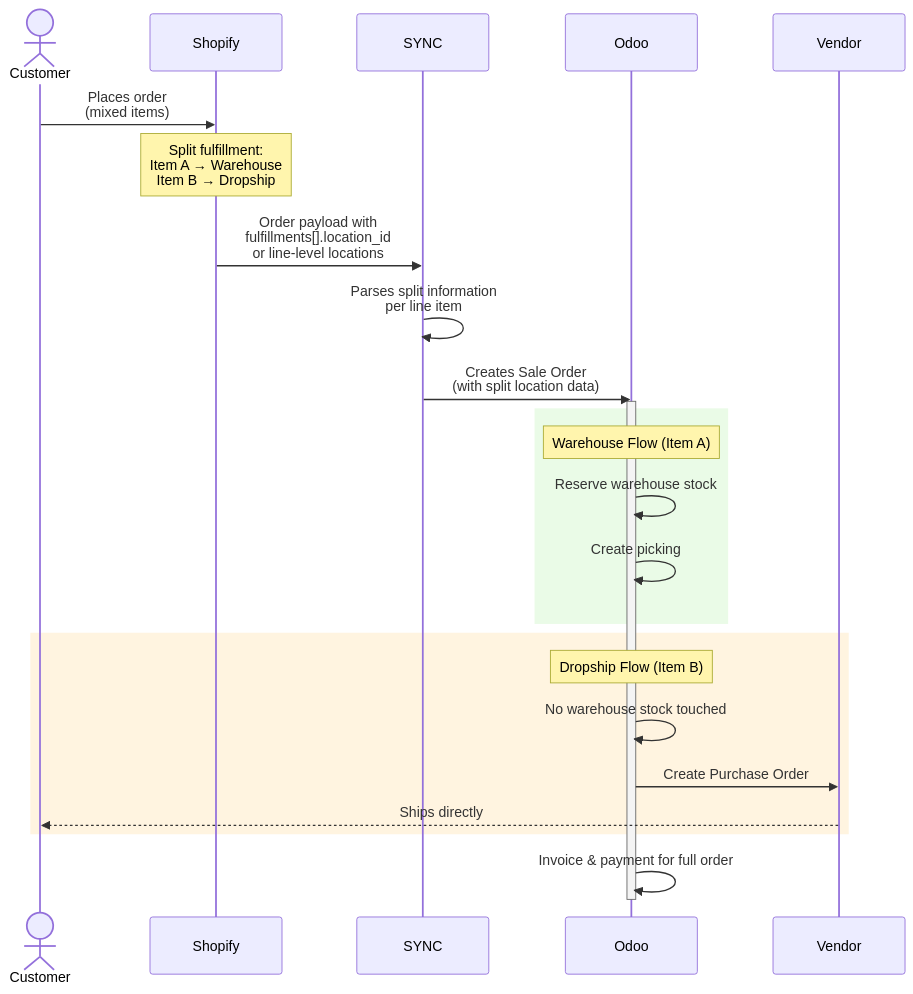
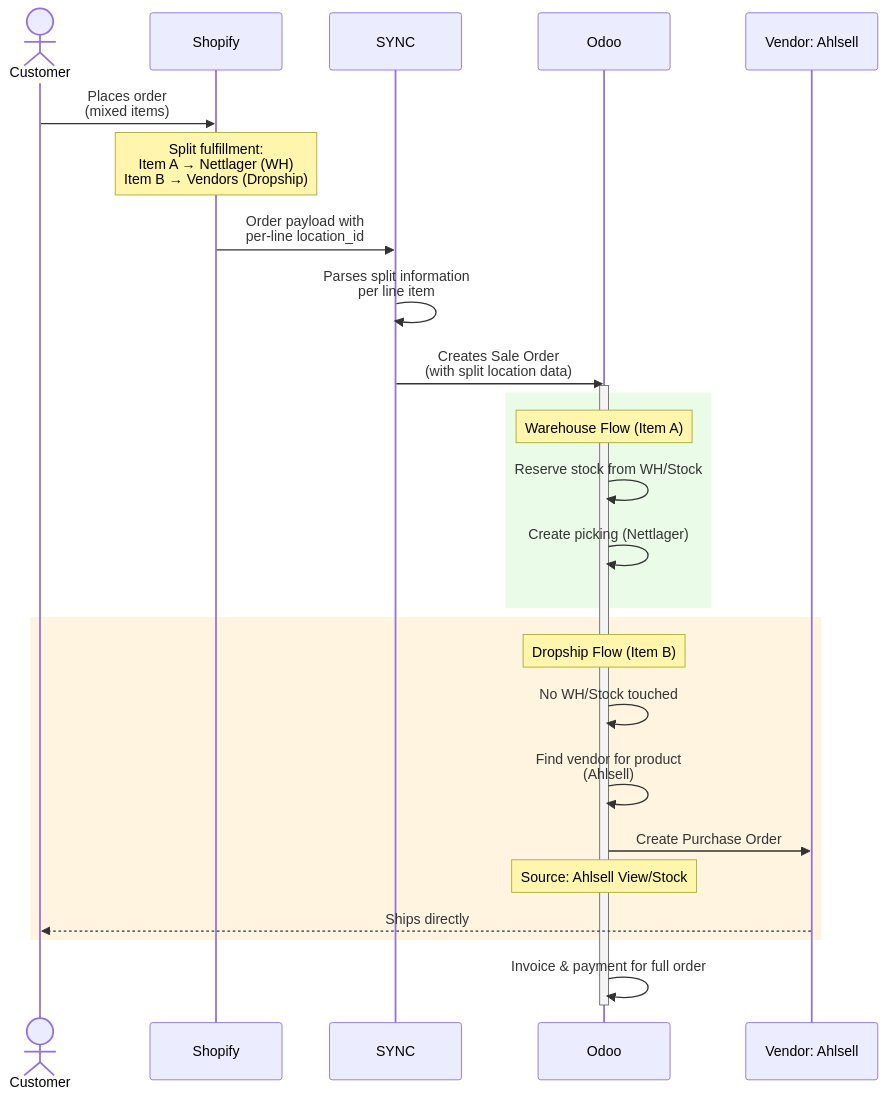
The eighth of 16 diagrams in shopify-sync-odoo-scenarios.md (ozan-droid/documents), drawn with Mermaid before and after one commit. The commit also changed other lines of this file, not shown here.

````diff
--- a/shopify-sync-odoo-scenarios.md
+++ b/shopify-sync-odoo-scenarios.md
@@ -194,33 +346,35 @@
 ```mermaid
 sequenceDiagram
     actor Customer
     participant Shopify
     participant SYNC
     participant Odoo
-    participant Vendor
+    participant Ahlsell as Vendor: Ahlsell
 
     Customer->>Shopify: Places order<br/>(mixed items)
-    Note over Shopify: Split fulfillment:<br/>Item A → Warehouse<br/>Item B → Dropship
+    Note over Shopify: Split fulfillment:<br/>Item A → Nettlager (WH)<br/>Item B → Vendors (Dropship)
 
-    Shopify->>SYNC: Order payload with<br/>fulfillments[].location_id<br/>or line-level locations
+    Shopify->>SYNC: Order payload with<br/>per-line location_id
 
     SYNC->>SYNC: Parses split information<br/>per line item
     SYNC->>Odoo: Creates Sale Order<br/>(with split location data)
 
     activate Odoo
     rect rgb(234, 251, 231)
         Note over Odoo: Warehouse Flow (Item A)
-        Odoo->>Odoo: Reserve warehouse stock
-        Odoo->>Odoo: Create picking
+        Odoo->>Odoo: Reserve stock from WH/Stock
+        Odoo->>Odoo: Create picking (Nettlager)
     end
 
     rect rgb(255, 244, 224)
         Note over Odoo: Dropship Flow (Item B)
-        Odoo->>Odoo: No warehouse stock touched
-        Odoo->>Vendor: Create Purchase Order
-        Vendor-->>Customer: Ships directly
+        Odoo->>Odoo: No WH/Stock touched
+        Odoo->>Odoo: Find vendor for product<br/>(Ahlsell)
+        Odoo->>Ahlsell: Create Purchase Order
+        Note over Odoo: Source: Ahlsell View/Stock
+        Ahlsell-->>Customer: Ships directly
     end
 
     Odoo->>Odoo: Invoice & payment for full order
     deactivate Odoo
 ```
````
